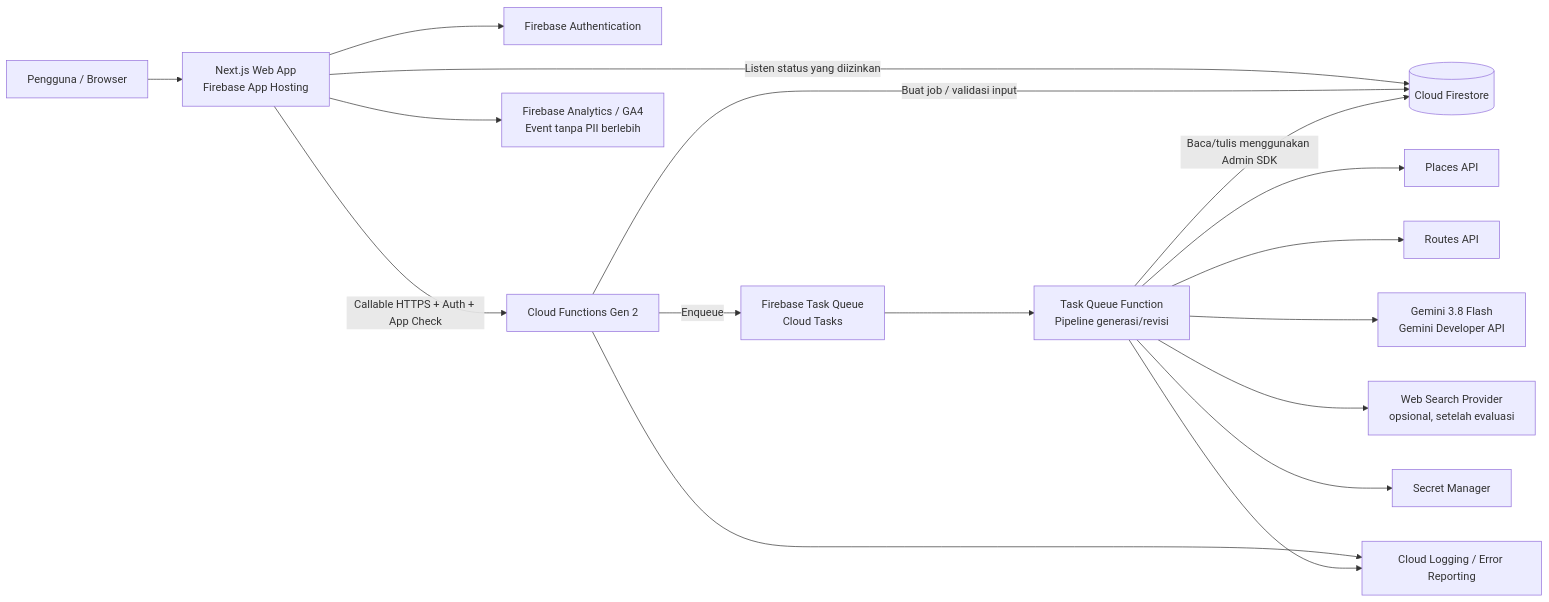
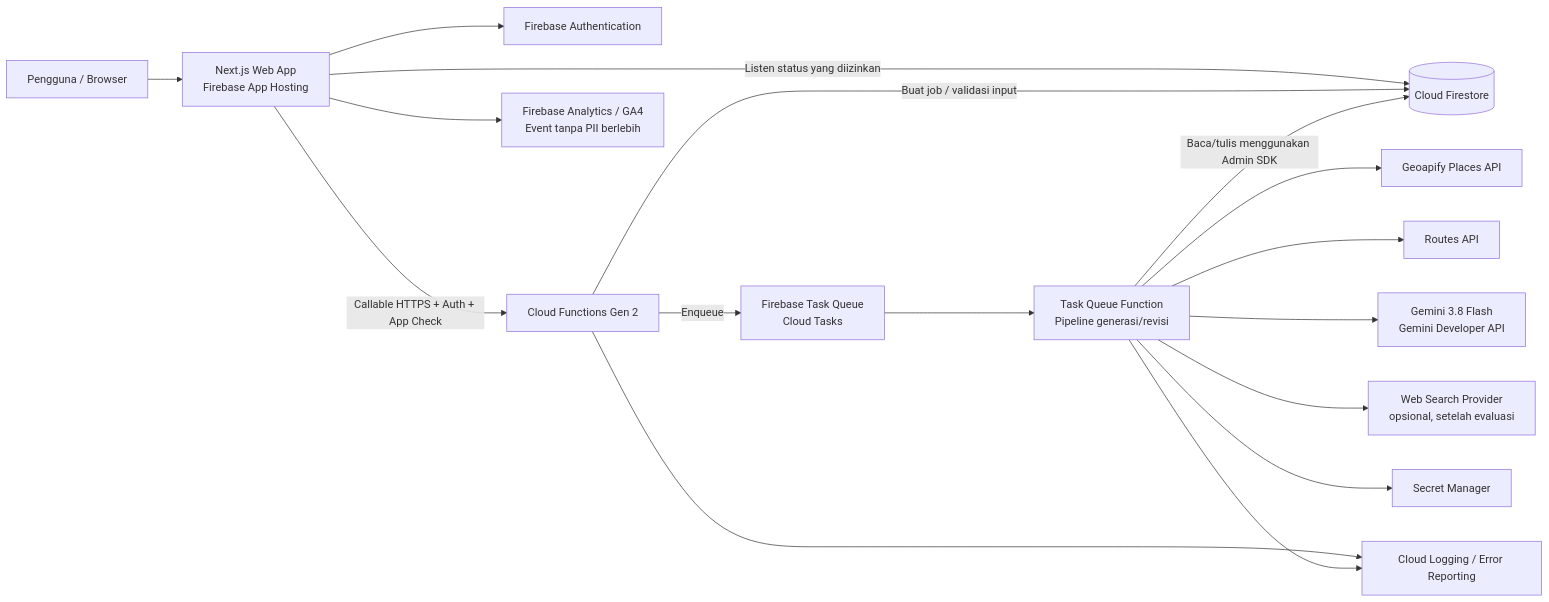
The diagram in architecture.md (dhandyjoe/plesir-app), drawn with Mermaid before and after one commit. The commit also changed other lines of this file and 99 other files, not shown here.

````diff
--- a/architecture.md
+++ b/architecture.md
@@ -63,21 +65,21 @@
 ```mermaid
 flowchart LR
     U[Pengguna / Browser] --> WEB[Next.js Web App<br/>Firebase App Hosting]
     WEB --> AUTH[Firebase Authentication]
     WEB -->|Callable HTTPS + Auth + App Check| API[Cloud Functions Gen 2]
     WEB -->|Listen status yang diizinkan| FS[(Cloud Firestore)]
 
     API -->|Buat job / validasi input| FS
     API -->|Enqueue| Q[Firebase Task Queue<br/>Cloud Tasks]
     Q --> WORKER[Task Queue Function<br/>Pipeline generasi/revisi]
     WORKER -->|Baca/tulis menggunakan Admin SDK| FS
-    WORKER --> PLACES[Places API]
+    WORKER --> PLACES[Geoapify Places API]
     WORKER --> ROUTES[Routes API]
     WORKER --> AI[Gemini 3.8 Flash<br/>Gemini Developer API]
     WORKER --> SEARCH[Web Search Provider<br/>opsional, setelah evaluasi]
     WORKER --> SECRETS[Secret Manager]
 
     API --> OBS[Cloud Logging / Error Reporting]
     WORKER --> OBS
     WEB --> ANALYTICS[Firebase Analytics / GA4<br/>Event tanpa PII berlebih]
 ```
````
